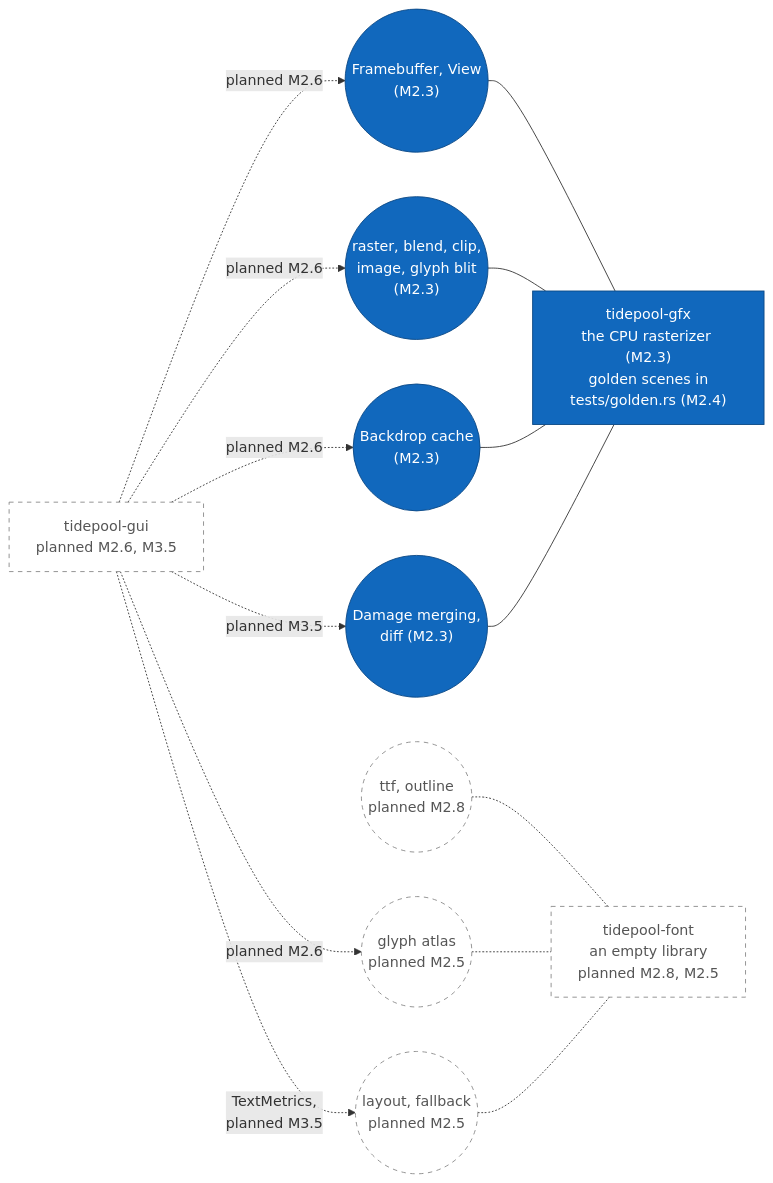
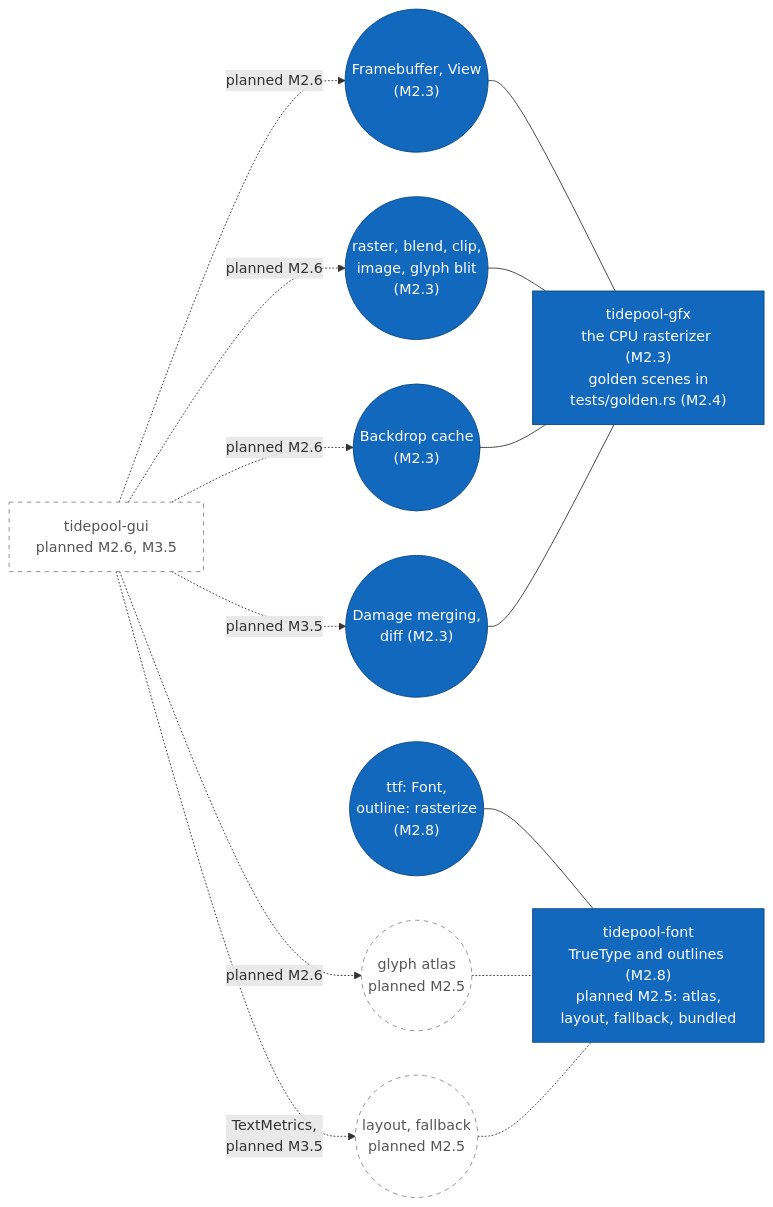
The tenth of 21 diagrams in diagrams/component-diagrams.md (jabbott-iii/Tidepool), drawn with Mermaid before and after one commit. The commit also changed other lines of this file and 66 other files, not shown here.

First line of the commit message:
font: TrueType parser, outline rasterizer and bundled fonts (M2.8)

````diff
--- a/diagrams/component-diagrams.md
+++ b/diagrams/component-diagrams.md
@@ -542,36 +542,36 @@
 ```mermaid
 flowchart LR
     c_gui["tidepool-gui<br/>planned M2.6, M3.5"]
 
     i_fb(("Framebuffer, View<br/>(M2.3)"))
     i_raster(("raster, blend, clip,<br/>image, glyph blit<br/>(M2.3)"))
     i_backdrop(("Backdrop cache<br/>(M2.3)"))
     i_damage(("Damage merging,<br/>diff (M2.3)"))
     c_gfx["tidepool-gfx<br/>the CPU rasterizer (M2.3)<br/>golden scenes in<br/>tests/golden.rs (M2.4)"]
 
-    i_ttf(("ttf, outline<br/>planned M2.8"))
+    i_ttf(("ttf: Font,<br/>outline: rasterize<br/>(M2.8)"))
     i_atlas(("glyph atlas<br/>planned M2.5"))
     i_layout(("layout, fallback<br/>planned M2.5"))
-    c_font["tidepool-font<br/>an empty library<br/>planned M2.8, M2.5"]
+    c_font["tidepool-font<br/>TrueType and outlines (M2.8)<br/>planned M2.5: atlas,<br/>layout, fallback, bundled"]
 
     c_gui -.->|"planned M2.6"| i_fb
     c_gui -.->|"planned M2.6"| i_raster
     c_gui -.->|"planned M2.6"| i_backdrop
     c_gui -.->|"planned M3.5"| i_damage
     c_gui -.->|"planned M2.6"| i_atlas
     c_gui -.->|"TextMetrics,<br/>planned M3.5"| i_layout
 
     i_fb --- c_gfx
     i_raster --- c_gfx
     i_backdrop --- c_gfx
     i_damage --- c_gfx
-    i_ttf -.- c_font
+    i_ttf --- c_font
     i_atlas -.- c_font
     i_layout -.- c_font
 
     classDef built fill:#1168bd,stroke:#0b4884,color:#ffffff
     classDef planned fill:#ffffff,stroke:#888888,stroke-dasharray: 5 5,color:#555555
-    class c_gfx,i_fb,i_raster,i_backdrop,i_damage built
-    class c_gui,c_font planned
-    class i_ttf,i_atlas,i_layout planned
+    class c_gfx,i_fb,i_raster,i_backdrop,i_damage,c_font,i_ttf built
+    class c_gui planned
+    class i_atlas,i_layout planned
 ```
````
